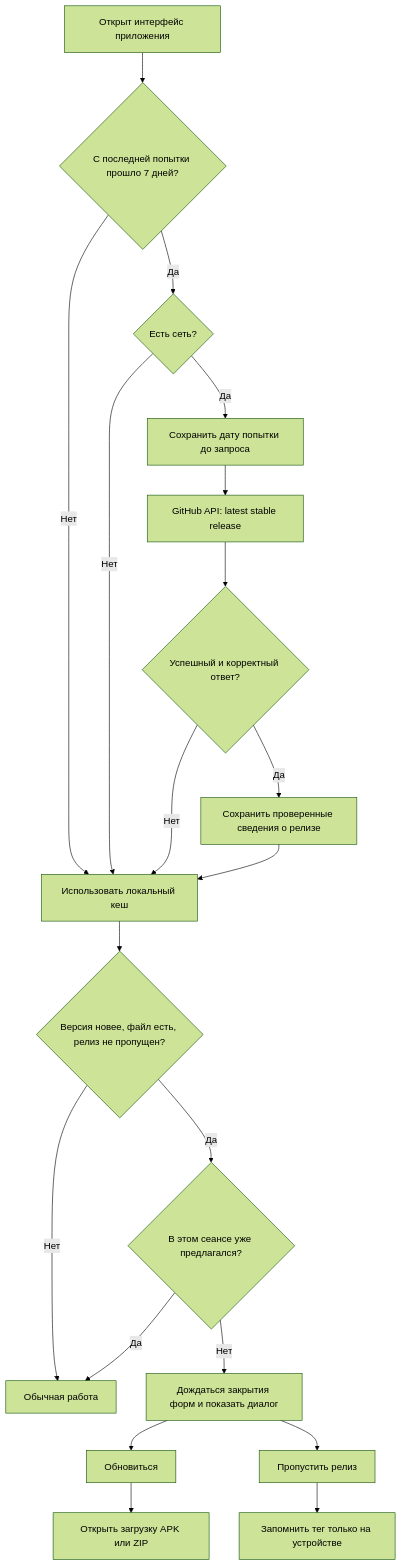
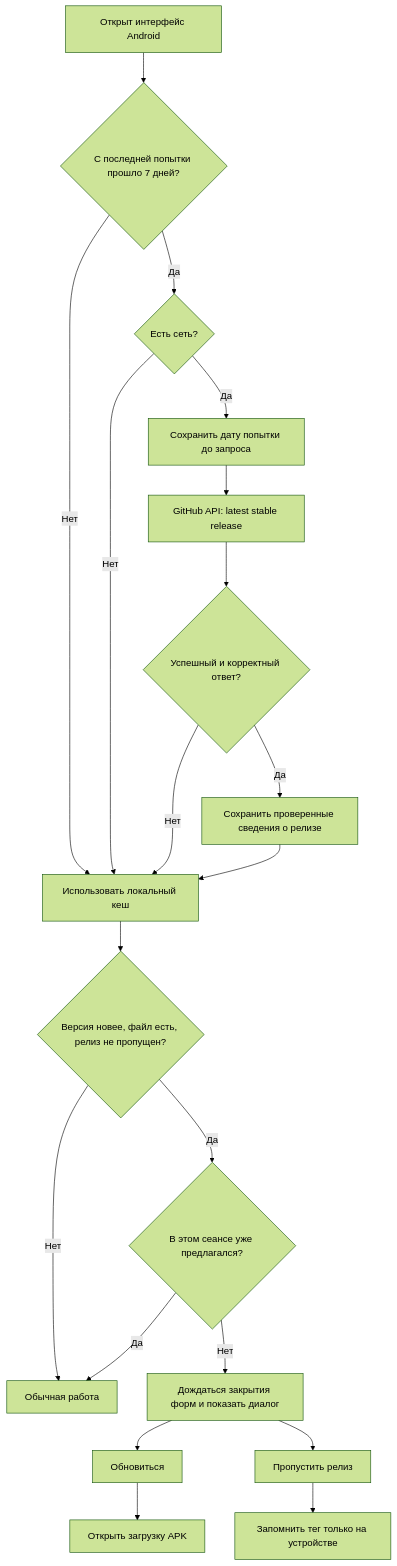
Before and after one commit to rukazax/Private_SpeedDial: the diagram in docs/UPDATES.md, drawn with Mermaid (forest theme). The commit also changed other lines of this file and 32 other files, not shown here.

````diff
--- a/docs/UPDATES.md
+++ b/docs/UPDATES.md
@@ -7,22 +15,22 @@
 ```mermaid
 flowchart TD
-  A[Открыт интерфейс приложения] --> B{С последней попытки прошло 7 дней?}
+  A[Открыт интерфейс Android] --> B{С последней попытки прошло 7 дней?}
   B -- Нет --> C[Использовать локальный кеш]
   B -- Да --> D{Есть сеть?}
   D -- Нет --> C
   D -- Да --> E[Сохранить дату попытки до запроса]
   E --> F[GitHub API: latest stable release]
   F --> G{Успешный и корректный ответ?}
   G -- Нет --> C
   G -- Да --> H[Сохранить проверенные сведения о релизе]
   H --> C
   C --> I{Версия новее, файл есть, релиз не пропущен?}
   I -- Нет --> J[Обычная работа]
   I -- Да --> K{В этом сеансе уже предлагался?}
   K -- Да --> J
   K -- Нет --> L[Дождаться закрытия форм и показать диалог]
   L --> M[Обновиться]
   L --> N[Пропустить релиз]
-  M --> O[Открыть загрузку APK или ZIP]
+  M --> O[Открыть загрузку APK]
   N --> P[Запомнить тег только на устройстве]
 ```
````
